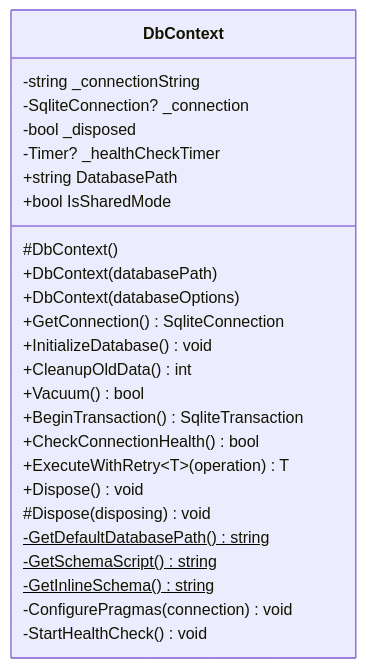
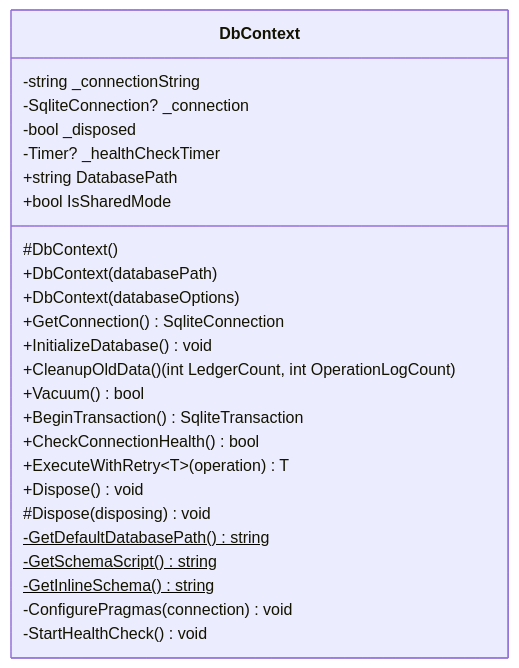
One commit to kuwayamamasayuki/ICCardManager changed the seventh of 39 diagrams in ICCardManager/docs/design/05_クラス設計書.md. Above: the diagram before and after it, drawn with Mermaid. The commit also changed 9 other files, not shown here.

````diff
--- a/ICCardManager/docs/design/05_クラス設計書.md
+++ b/ICCardManager/docs/design/05_クラス設計書.md
@@ -410,28 +410,28 @@
 ```mermaid
 classDiagram
     class DbContext {
         -string _connectionString
         -SqliteConnection? _connection
         -bool _disposed
         -Timer? _healthCheckTimer
         +string DatabasePath
         +bool IsSharedMode
         #DbContext()
         +DbContext(databasePath)
         +DbContext(databaseOptions)
         +GetConnection() SqliteConnection
         +InitializeDatabase() void
-        +CleanupOldData() int
+        +CleanupOldData() (int LedgerCount, int OperationLogCount)
         +Vacuum() bool
         +BeginTransaction() SqliteTransaction
         +CheckConnectionHealth() bool
         +ExecuteWithRetry~T~(operation) T
         +Dispose() void
         #Dispose(disposing) void
         -GetDefaultDatabasePath()$ string
         -GetSchemaScript()$ string
         -GetInlineSchema()$ string
         -ConfigurePragmas(connection) void
         -StartHealthCheck() void
     }
 ```
````
